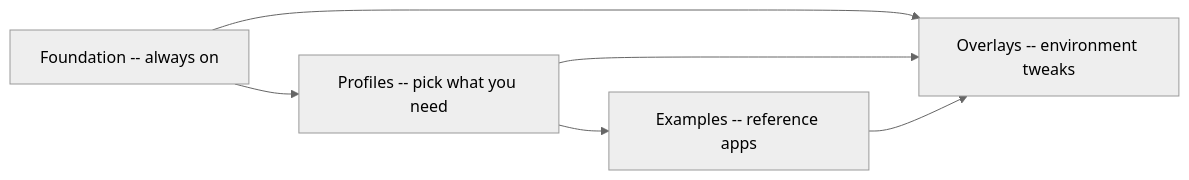
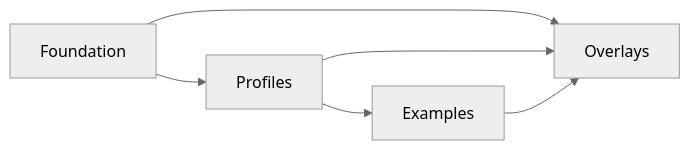
One commit to peermesh/docker-lab-docs changed the third of 3 diagrams in docs/concepts.md. Above: the diagram before and after it, drawn with Mermaid (neutral theme). The commit also changed other lines of this file and 13 other files, not shown here.

First line of the commit message:
fix: improve diagram legibility and icon rendering

````diff
--- a/docs/concepts.md
+++ b/docs/concepts.md
@@ -210,13 +210,13 @@
 ```mermaid
 flowchart LR
-    Foundation["Foundation -- always on"]
-    Profiles["Profiles -- pick what you need"]
-    Examples["Examples -- reference apps"]
-    Overlays["Overlays -- environment tweaks"]
+    Foundation["Foundation"]
+    Profiles["Profiles"]
+    Examples["Examples"]
+    Overlays["Overlays"]
 
     Foundation --> Profiles
     Profiles --> Examples
     Foundation --> Overlays
     Profiles --> Overlays
     Examples --> Overlays
 ```
````
